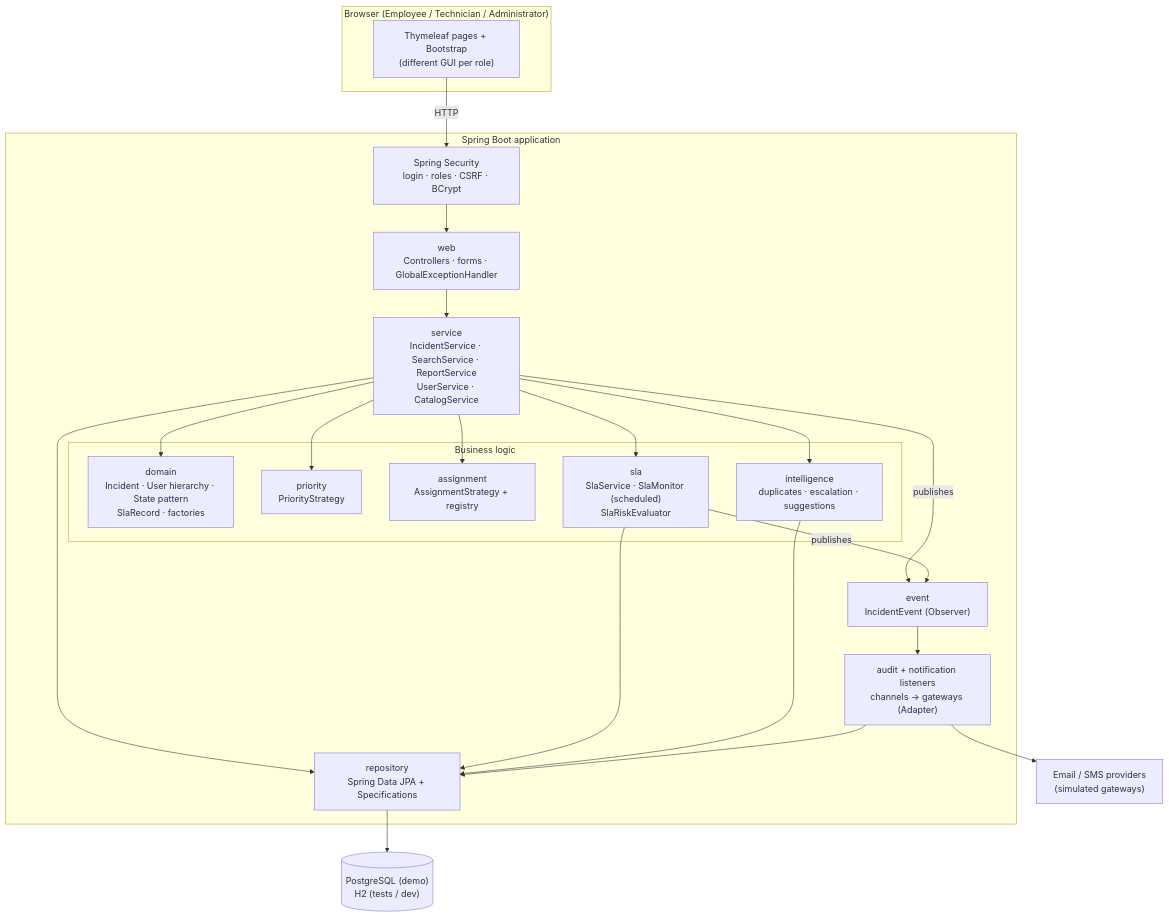
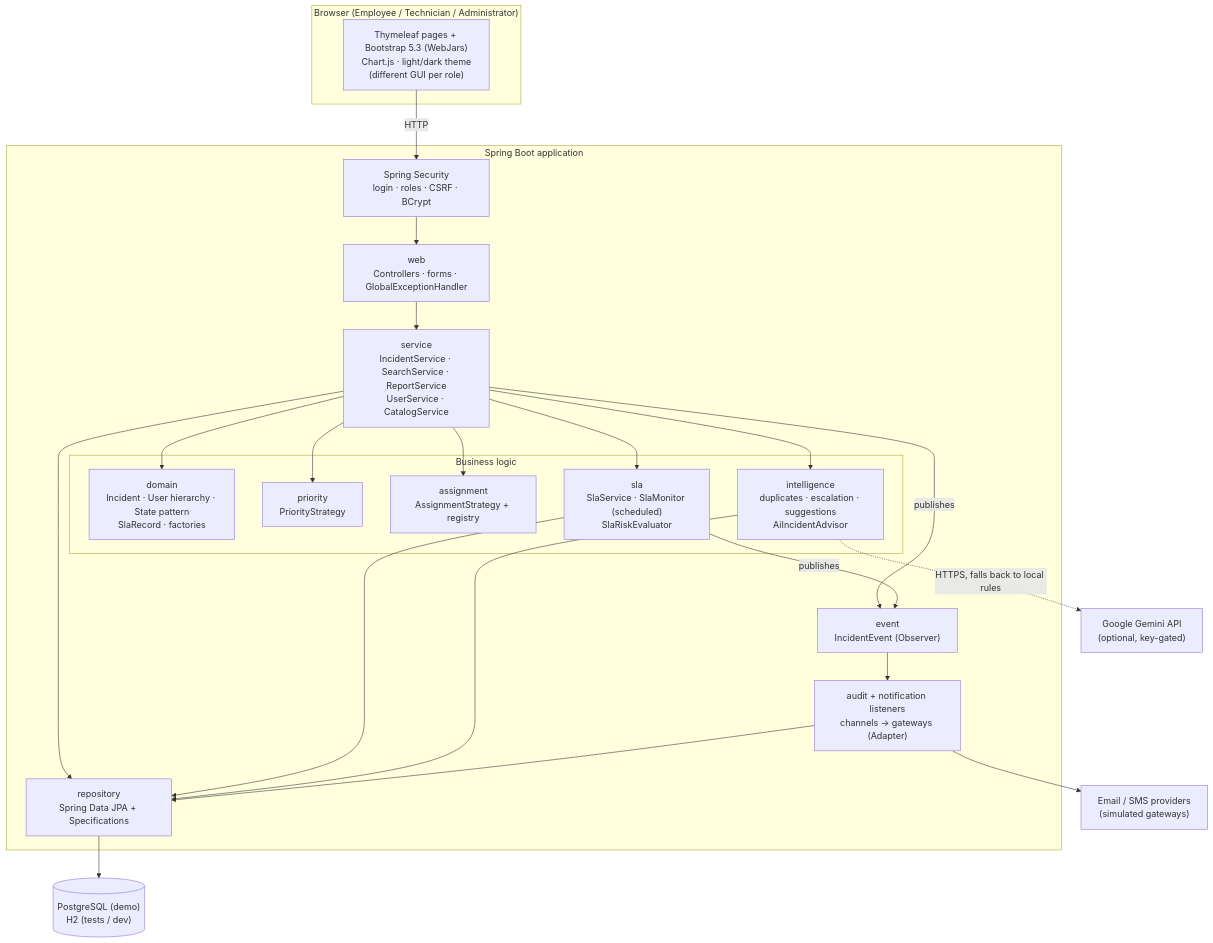
The first of 8 diagrams in docs/report/diagrams.md (VijaySrivathsan/I-ITSM), drawn with Mermaid before and after one commit. The commit also changed other lines of this file and 9 other files, not shown here.

First line of the commit message:
docs(report): fix stale facts, redraw diagrams, build the PDF

````diff
--- a/docs/report/diagrams.md
+++ b/docs/report/diagrams.md
@@ -17,30 +26,32 @@
 ```mermaid
 flowchart TB
     subgraph Browser["Browser (Employee / Technician / Administrator)"]
-        UI["Thymeleaf pages + Bootstrap<br/>(different GUI per role)"]
+        UI["Thymeleaf pages + Bootstrap 5.3 (WebJars)<br/>Chart.js · light/dark theme<br/>(different GUI per role)"]
     end
     subgraph App["Spring Boot application"]
         SEC["Spring Security<br/>login · roles · CSRF · BCrypt"]
         WEB["web<br/>Controllers · forms · GlobalExceptionHandler"]
         SVC["service<br/>IncidentService · SearchService · ReportService<br/>UserService · CatalogService"]
         subgraph Logic["Business logic"]
             DOM["domain<br/>Incident · User hierarchy · State pattern<br/>SlaRecord · factories"]
             PRI["priority<br/>PriorityStrategy"]
             ASG["assignment<br/>AssignmentStrategy + registry"]
             SLA["sla<br/>SlaService · SlaMonitor (scheduled)<br/>SlaRiskEvaluator"]
-            INT["intelligence<br/>duplicates · escalation · suggestions"]
+            INT["intelligence<br/>duplicates · escalation · suggestions<br/>AiIncidentAdvisor"]
         end
         EVT["event<br/>IncidentEvent (Observer)"]
         OBS["audit + notification listeners<br/>channels → gateways (Adapter)"]
         REPO["repository<br/>Spring Data JPA + Specifications"]
     end
     DB[("PostgreSQL (demo)<br/>H2 (tests / dev)")]
     EXT["Email / SMS providers<br/>(simulated gateways)"]
+    GEM["Google Gemini API<br/>(optional, key-gated)"]
 
     UI -->|HTTP| SEC --> WEB --> SVC
     SVC --> DOM & PRI & ASG & SLA & INT
     SVC -->|publishes| EVT --> OBS
     SLA -->|publishes| EVT
     SVC & SLA & INT & OBS --> REPO --> DB
     OBS --> EXT
+    INT -.->|HTTPS, falls back to local rules| GEM
 ```
````
